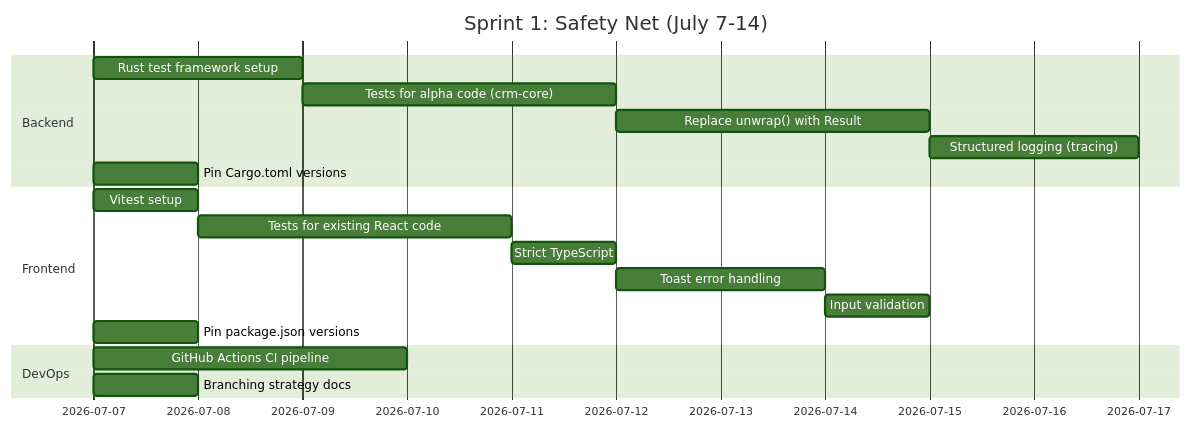
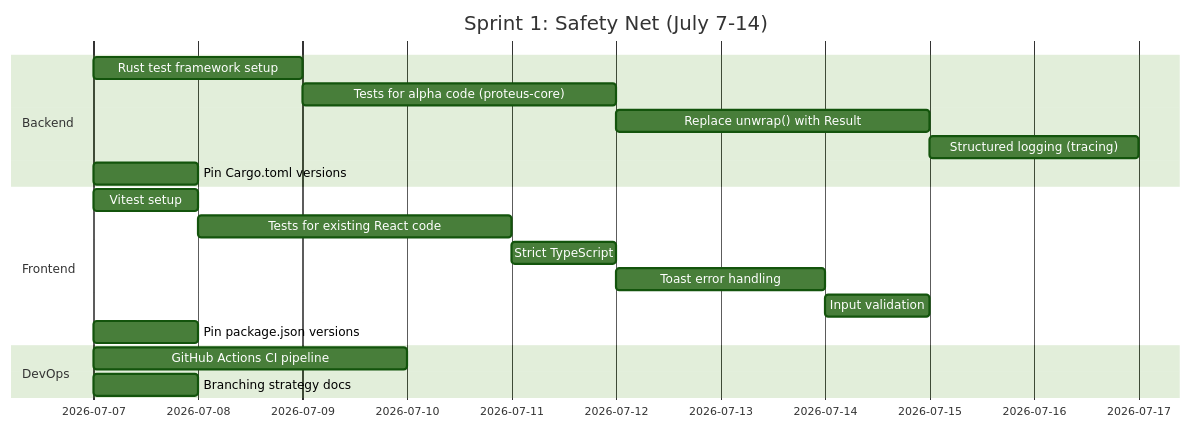
Before and after one commit to Siaftoulis/Proteus: the second of 5 diagrams in vault/Developer/10 - Foundation Architecture.md, drawn with Mermaid (forest theme). The commit also changed other lines of this file and 406 other files, not shown here.

````diff
--- a/vault/Developer/10 - Foundation Architecture.md
+++ b/vault/Developer/10 - Foundation Architecture.md
@@ -65,21 +65,21 @@
 ```mermaid
 gantt
     title Sprint 1: Safety Net (July 7-14)
     dateFormat  YYYY-MM-DD
     section Backend
     Rust test framework setup           :t1, 2026-07-07, 2d
-    Tests for alpha code (crm-core)     :t2, after t1, 3d
+    Tests for alpha code (proteus-core)     :t2, after t1, 3d
     Replace unwrap() with Result        :t3, after t2, 3d
     Structured logging (tracing)        :t4, after t3, 2d
     Pin Cargo.toml versions             :t5, 2026-07-07, 1d
     section Frontend
     Vitest setup                         :t6, 2026-07-07, 1d
     Tests for existing React code        :t7, after t6, 3d
     Strict TypeScript                    :t8, after t7, 1d
     Toast error handling                 :t9, after t8, 2d
     Input validation                     :t10, after t9, 1d
     Pin package.json versions            :t11, 2026-07-07, 1d
     section DevOps
     GitHub Actions CI pipeline           :t12, 2026-07-07, 3d
     Branching strategy docs              :t13, 2026-07-07, 1d
 ```
````
